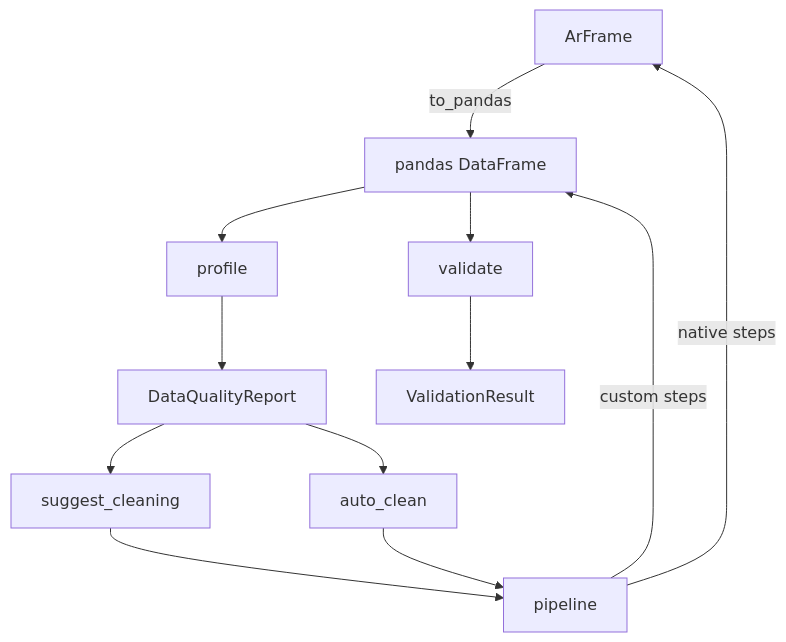
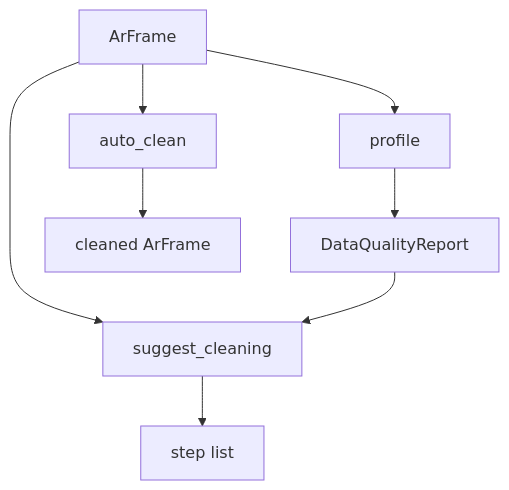
Before and after one commit to im-anishraj/arnio: the second of 2 diagrams in ARCHITECTURE.md, drawn with Mermaid.

Commit message:
docs: add quality and schema architecture flow

````diff
--- a/ARCHITECTURE.md
+++ b/ARCHITECTURE.md
@@ -80,14 +80,12 @@
 ```mermaid
 graph TD
-    A[ArFrame] -->|to_pandas| B[pandas DataFrame]
-    B --> C[profile]
-    B --> D[validate]
-    C --> F[DataQualityReport]
-    F --> G[suggest_cleaning]
-    F --> E[auto_clean]
-    G --> H[pipeline]
-    E --> H
-    H -->|native steps| A
-    H -->|custom steps| B
-    D --> I[ValidationResult]
+    A[ArFrame] --> B[profile]
+    A --> C[auto_clean]
+    A --> D[suggest_cleaning]
+
+    
+    B --> E[DataQualityReport]
+    E --> D
+    D --> F[step list]
+    C --> G[cleaned ArFrame]
 ```
````
